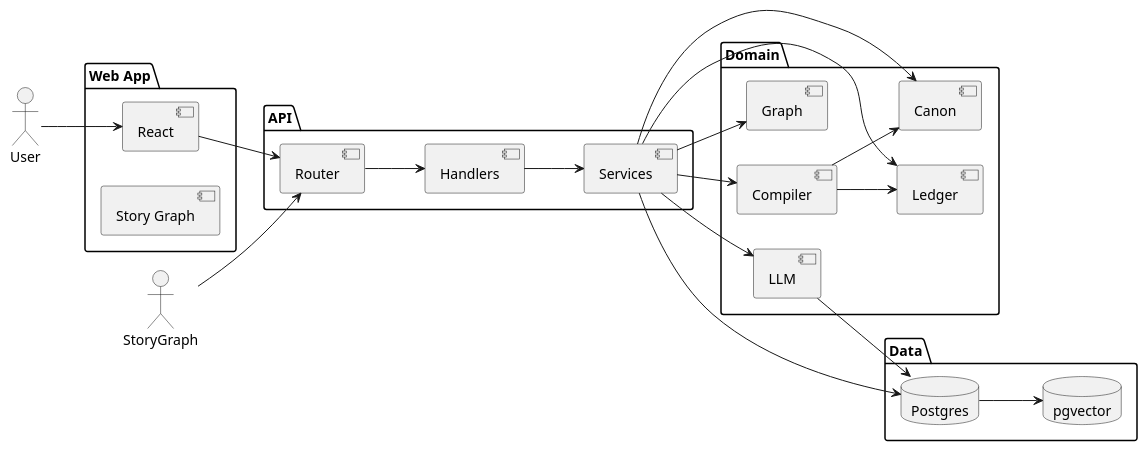
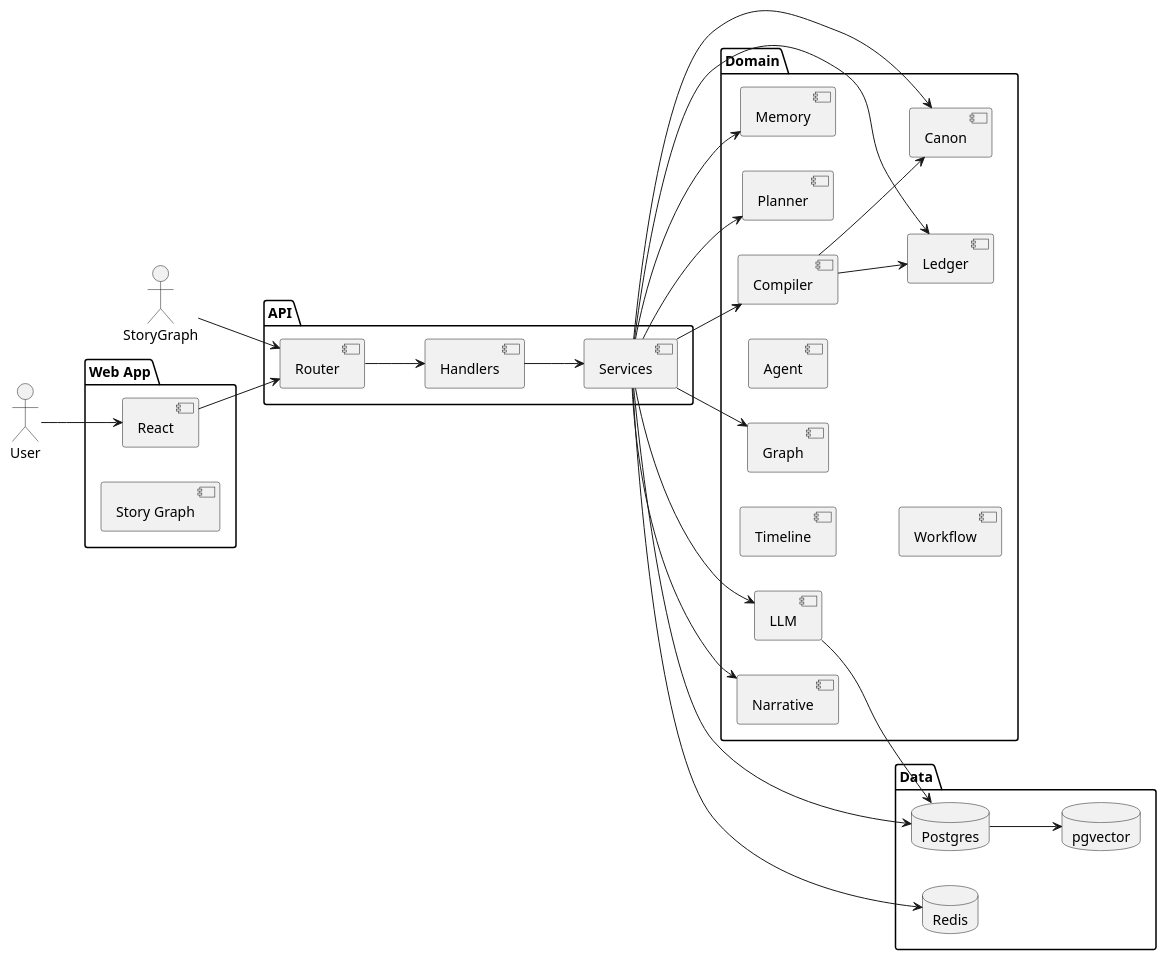
Before and after one commit to premchandkpc/story-builder: the diagram in docs/architecture.puml, drawn with PlantUML. The commit also changed 10 other files, not shown here.

```diff
--- a/docs/architecture.puml
+++ b/docs/architecture.puml
@@ -1,46 +1,57 @@
 @startuml
 left to right direction
 skinparam monochrome true
 skinparam shadowing false
 
 actor User
 package "Web App" {
   component React
   component "Story Graph"
 }
 
 package "API" {
   component Router
   component Handlers
   component Services
 }
 
 package "Domain" {
   component Canon
   component Graph
   component Ledger
   component Compiler
   component LLM
+  component Narrative
+  component Timeline
+  component Agent
+  component Memory
+  component Planner
+  component Workflow
 }
 
 package "Data" {
   database Postgres
   database pgvector
+  database Redis
 }
 
 User --> React
 React --> Router
 Router --> Handlers
 Handlers --> Services
 Services --> Canon
 Services --> Graph
 Services --> Ledger
 Services --> Compiler
 Services --> LLM
+Services --> Narrative
+Services --> Memory
+Services --> Planner
 Compiler --> Canon
 Compiler --> Ledger
 LLM --> Postgres
 Services --> Postgres
 Postgres --> pgvector
+Services --> Redis
 StoryGraph --> Router
 @enduml
```
